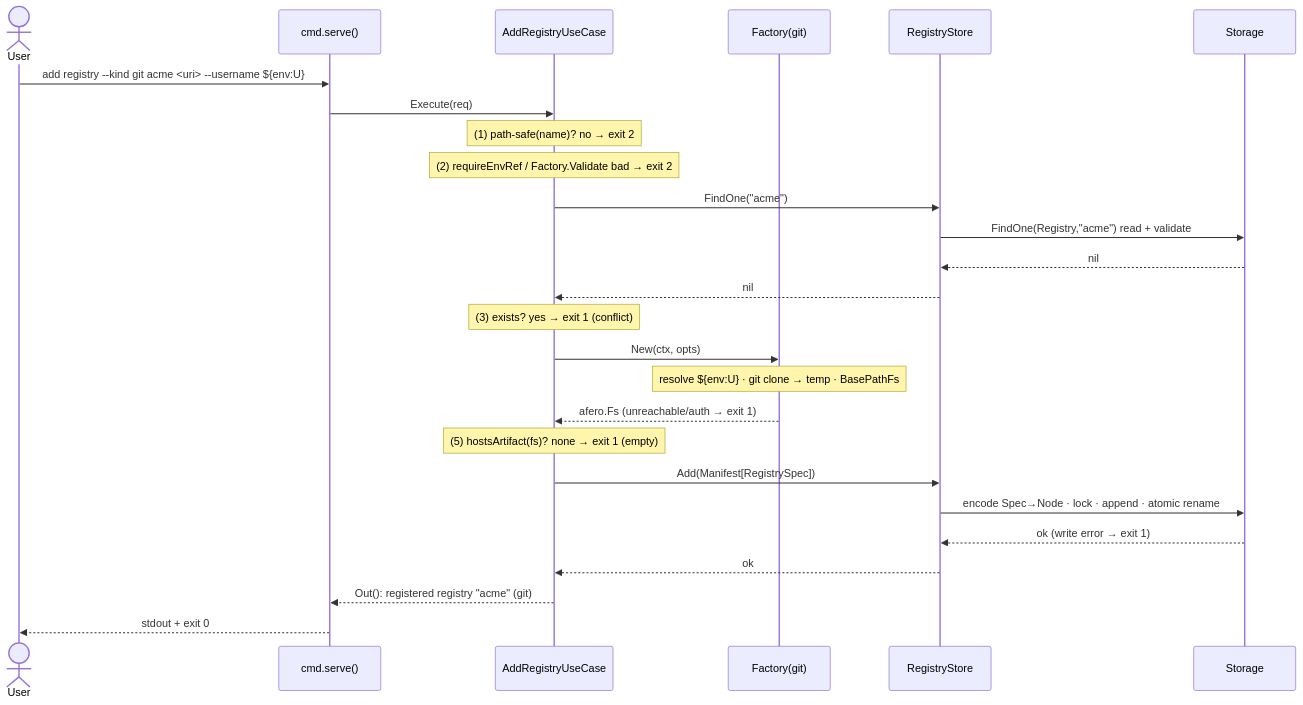
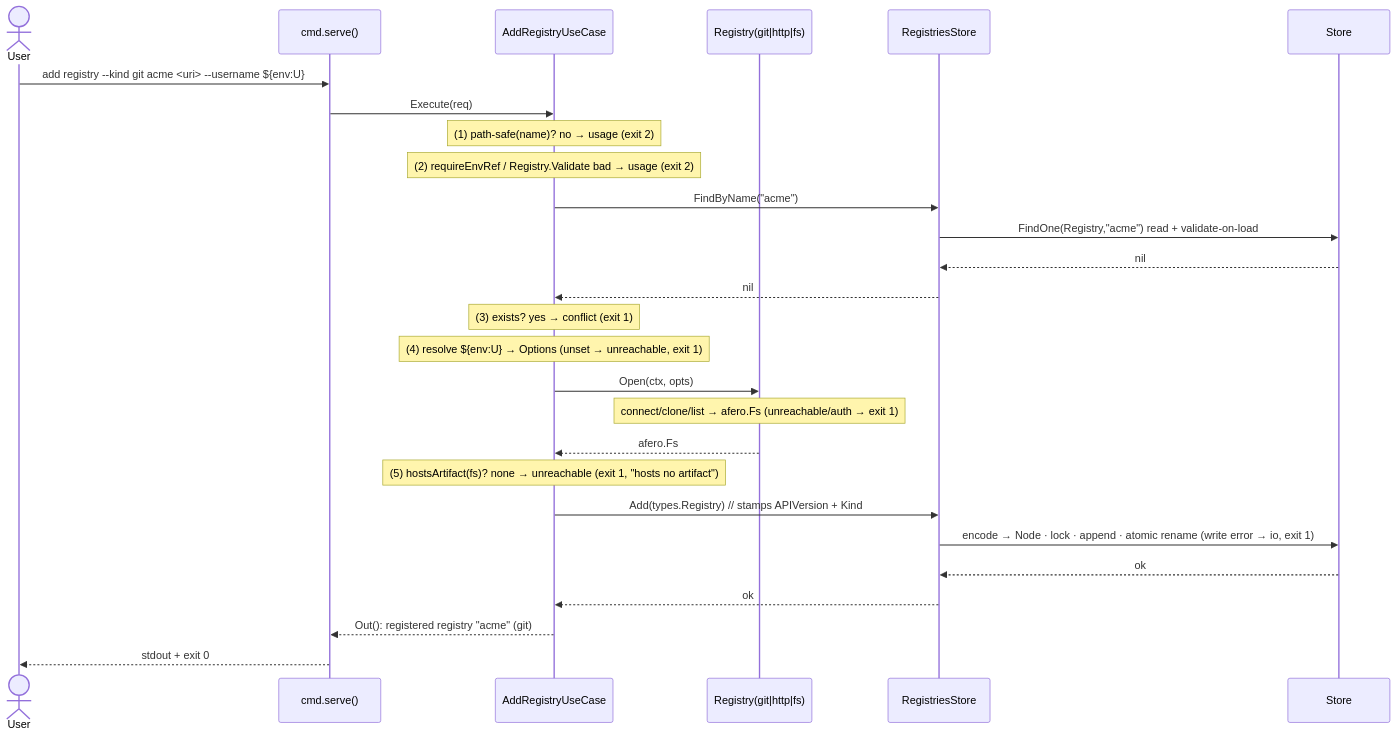
One commit to Delfimarime/sauron changed the second of 3 diagrams in spec/0001-add-registry/plan.md. Above: the diagram before and after it, drawn with Mermaid. The commit also changed other lines of this file and 49 other files, not shown here.

````diff
--- a/spec/0001-add-registry/plan.md
+++ b/spec/0001-add-registry/plan.md
@@ -76,29 +108,30 @@
 ```mermaid
 sequenceDiagram
   actor U as User
   participant C as cmd.serve()
   participant UC as AddRegistryUseCase
-  participant F as Factory(git)
-  participant RS as RegistryStore
-  participant ST as Storage
+  participant R as Registry(git|http|fs)
+  participant RS as RegistriesStore
+  participant ST as Store
 
   U->>C: add registry --kind git acme <uri> --username ${env:U}
   C->>UC: Execute(req)
-  Note over UC: (1) path-safe(name)? no → exit 2
-  Note over UC: (2) requireEnvRef / Factory.Validate bad → exit 2
-  UC->>RS: FindOne("acme")
-  RS->>ST: FindOne(Registry,"acme") read + validate
+  Note over UC: (1) path-safe(name)? no → usage (exit 2)
+  Note over UC: (2) requireEnvRef / Registry.Validate bad → usage (exit 2)
+  UC->>RS: FindByName("acme")
+  RS->>ST: FindOne(Registry,"acme") read + validate-on-load
   ST-->>RS: nil
   RS-->>UC: nil
-  Note over UC: (3) exists? yes → exit 1 (conflict)
-  UC->>F: New(ctx, opts)
-  Note over F: resolve ${env:U} · git clone → temp · BasePathFs
-  F-->>UC: afero.Fs  (unreachable/auth → exit 1)
-  Note over UC: (5) hostsArtifact(fs)? none → exit 1 (empty)
-  UC->>RS: Add(Manifest[RegistrySpec])
-  RS->>ST: encode Spec→Node · lock · append · atomic rename
-  ST-->>RS: ok (write error → exit 1)
+  Note over UC: (3) exists? yes → conflict (exit 1)
+  Note over UC: (4) resolve ${env:U} → Options (unset → unreachable, exit 1)
+  UC->>R: Open(ctx, opts)
+  Note over R: connect/clone/list → afero.Fs (unreachable/auth → exit 1)
+  R-->>UC: afero.Fs
+  Note over UC: (5) hostsArtifact(fs)? none → unreachable (exit 1, "hosts no artifact")
+  UC->>RS: Add(types.Registry)  // stamps APIVersion + Kind
+  RS->>ST: encode → Node · lock · append · atomic rename (write error → io, exit 1)
+  ST-->>RS: ok
   RS-->>UC: ok
   UC-->>C: Out(): registered registry "acme" (git)
   C-->>U: stdout + exit 0
 ```
````
